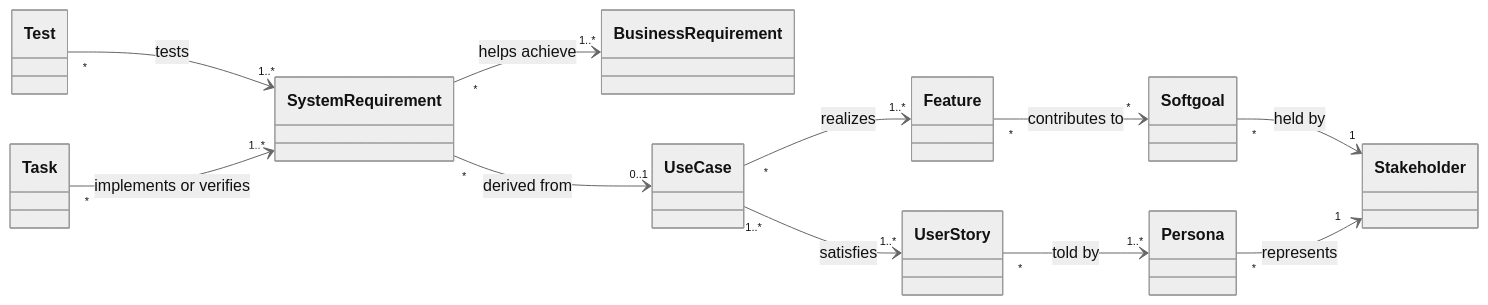
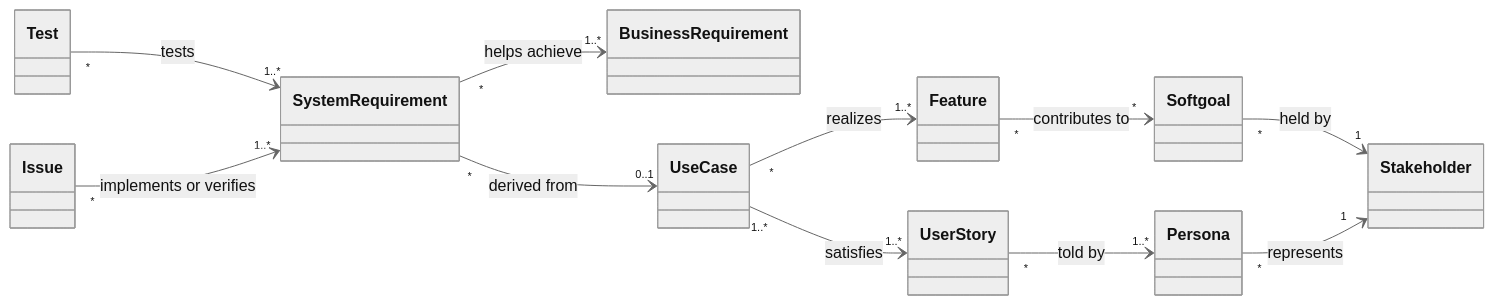
The diagram in docs/requirements/06-traceability-and-prioritization.md (projeffboy/my-pokemon-team), drawn with Mermaid (neutral theme) before and after one commit. The commit also changed other lines of this file and 17 other files, not shown here.

````diff
--- a/docs/requirements/06-traceability-and-prioritization.md
+++ b/docs/requirements/06-traceability-and-prioritization.md
@@ -72,24 +72,24 @@
 ```mermaid
 classDiagram
   direction LR
   class BusinessRequirement
   class Softgoal
   class Stakeholder
   class Persona
   class Feature
   class UserStory
   class UseCase
   class SystemRequirement
   class Test
-  class Task
+  class Issue
   Softgoal "*" --> "1" Stakeholder : held by
   Persona "*" --> "1" Stakeholder : represents
   Feature "*" --> "*" Softgoal : contributes to
   UserStory "*" --> "1..*" Persona : told by
   UseCase "1..*" --> "1..*" UserStory : satisfies
   UseCase "*" --> "1..*" Feature : realizes
   SystemRequirement "*" --> "0..1" UseCase : derived from
   SystemRequirement "*" --> "1..*" BusinessRequirement : helps achieve
   Test "*" --> "1..*" SystemRequirement : tests
-  Task "*" --> "1..*" SystemRequirement : implements or verifies
+  Issue "*" --> "1..*" SystemRequirement : implements or verifies
 ```
````
